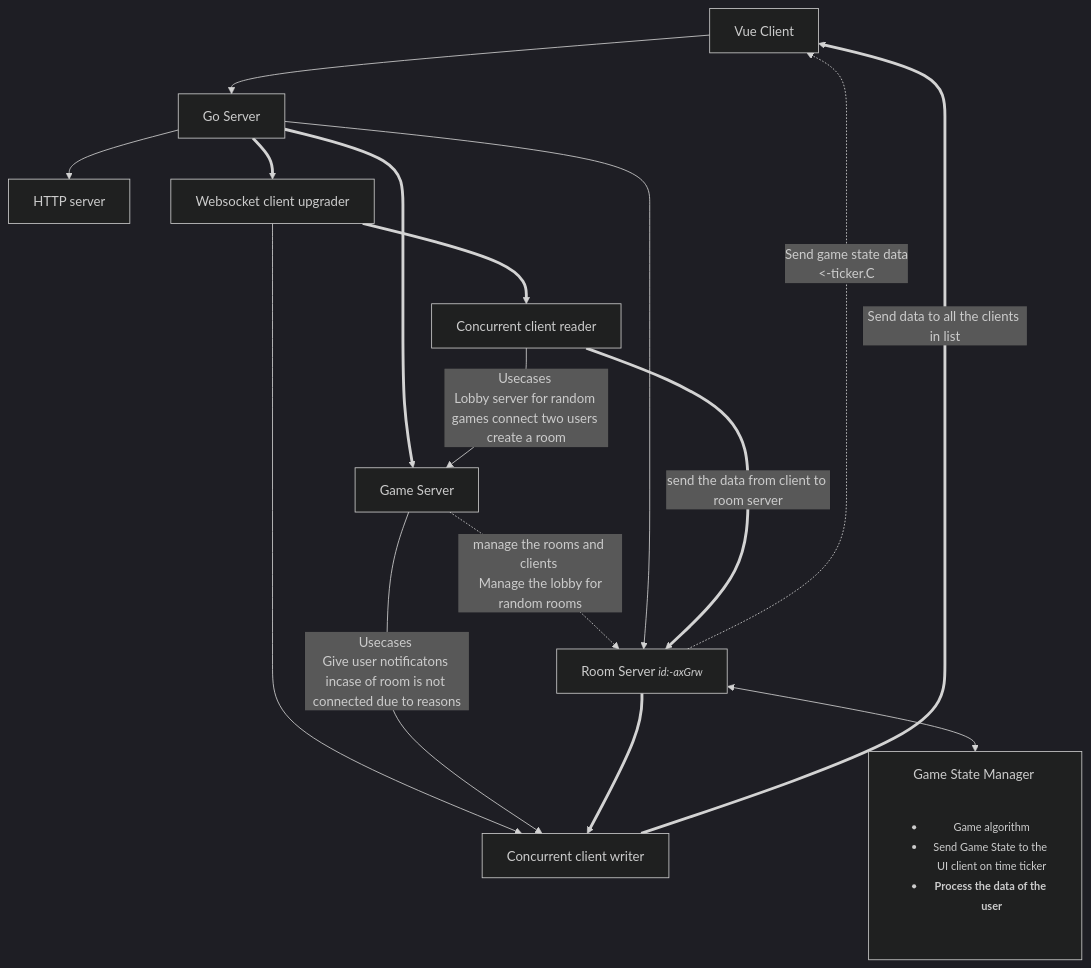
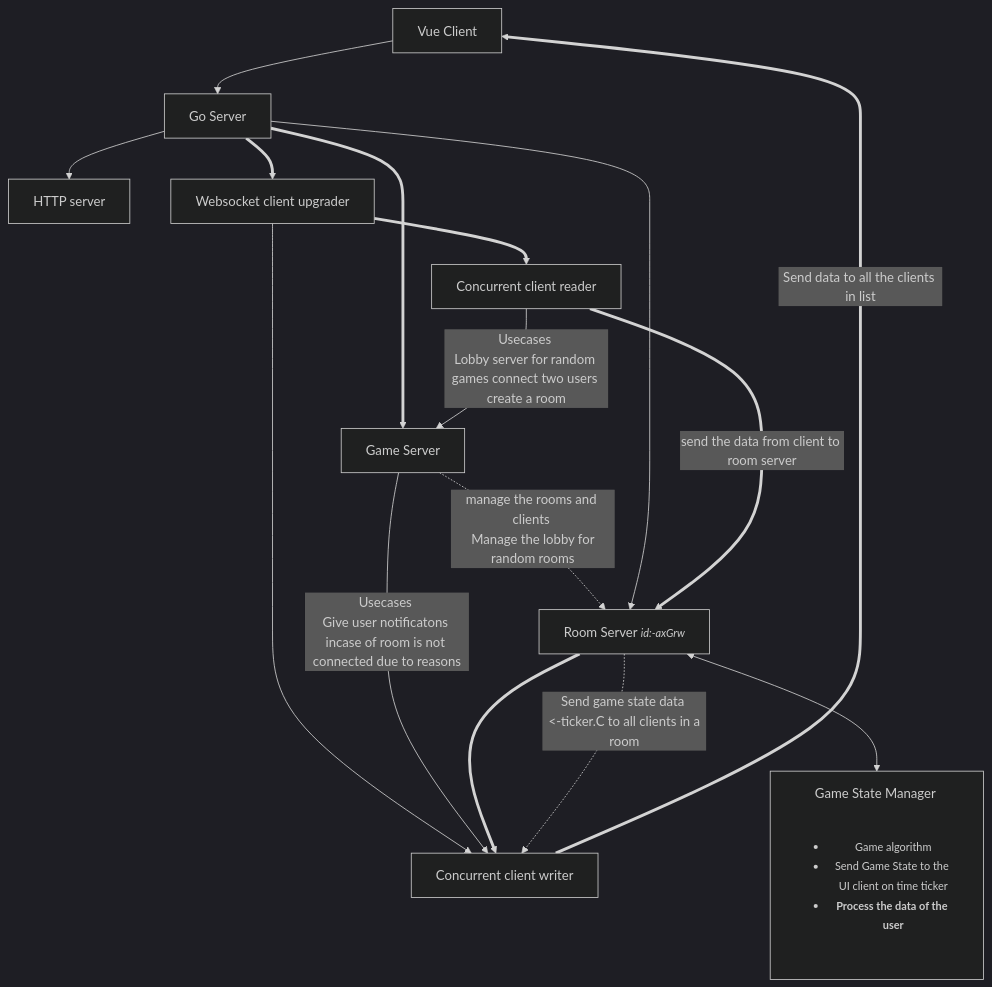
One commit to DhruvikDonga/wordsbattle changed the diagram in README.md. Above: the diagram before and after it, drawn with Mermaid (dark theme).

Commit message:
Update README.md changes in arch diagram overview

````diff
--- a/README.md
+++ b/README.md
@@ -19,18 +19,18 @@
 ```mermaid
 graph TD
     A[Vue Client] --> B[Go Server]
     B --> C[HTTP server]
     B ==> D[Websocket client upgrader]
     D ==> E[Concurrent client reader]
     D --> F[Concurrent client writer]
     B ==> G[Game Server]
     G -.->|manage the rooms and clients <br> Manage the lobby for random rooms| H[Room Server <small><i>id:-axGrw</i></small>]
     E -->|Usecases <br>Lobby server for random games connect two users create a room|G
     G -->|Usecases <br>Give user notificatons incase of room is not connected due to reasons|F
     B --> H
     E ==>|send the data from client to room server| H
     H ==> F
     F ==>|Send data to all the clients in list| A
     H <--> I[Game State Manager <br> <small><ul><li>Game algorithm</li><li>Send Game State to the <br>UI client on time ticker</li><li><b>Process the data of the user</b></li></ul> </small>]
-    H -.->|Send game state data <br> <-ticker.C|A
+    H -.->|Send game state data <br> <-ticker.C to all clients in a room|F
 ```
````
